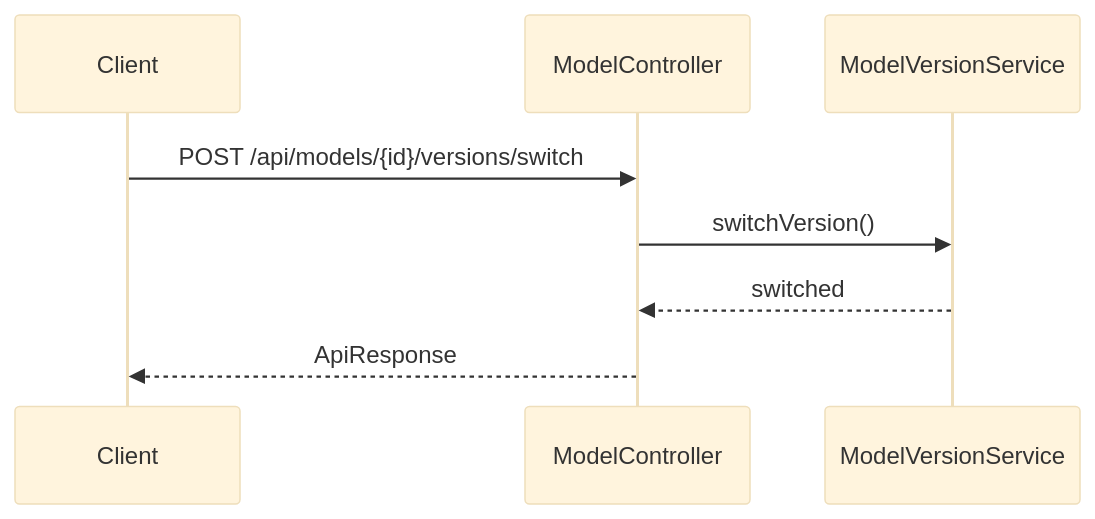
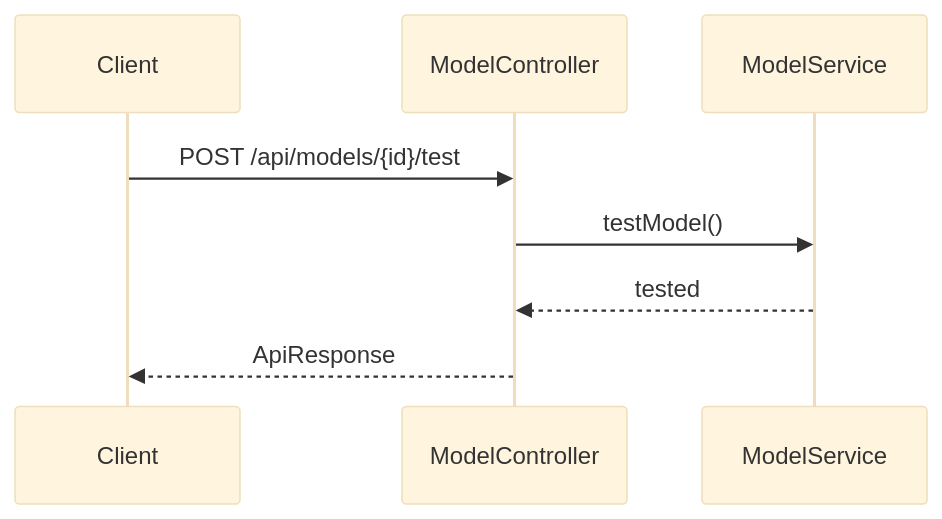
One commit to zhyea/knot changed the sixth of 22 diagrams in docs/tech/开发落地手册-模块详细设计.md. Above: the diagram before and after it, drawn with Mermaid (base theme). The commit also changed other lines of this file and 49 other files, not shown here.

````diff
--- a/docs/tech/开发落地手册-模块详细设计.md
+++ b/docs/tech/开发落地手册-模块详细设计.md
@@ -124,10 +122,10 @@
 ```mermaid
 sequenceDiagram
 participant C as Client
 participant MC as ModelController
-participant MVS as ModelVersionService
-C->>MC: POST /api/models/{id}/versions/switch
-MC->>MVS: switchVersion()
-MVS-->>MC: switched
+participant MS as ModelService
+C->>MC: POST /api/models/{id}/test
+MC->>MS: testModel()
+MS-->>MC: tested
 MC-->>C: ApiResponse
 ```
````
